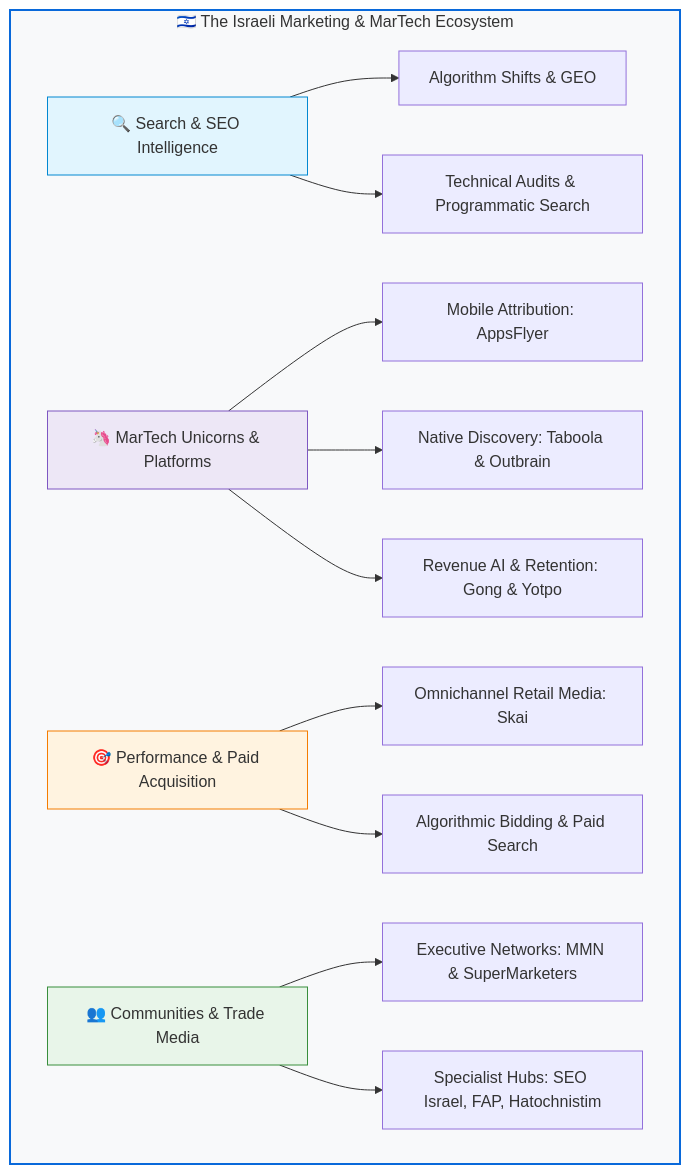
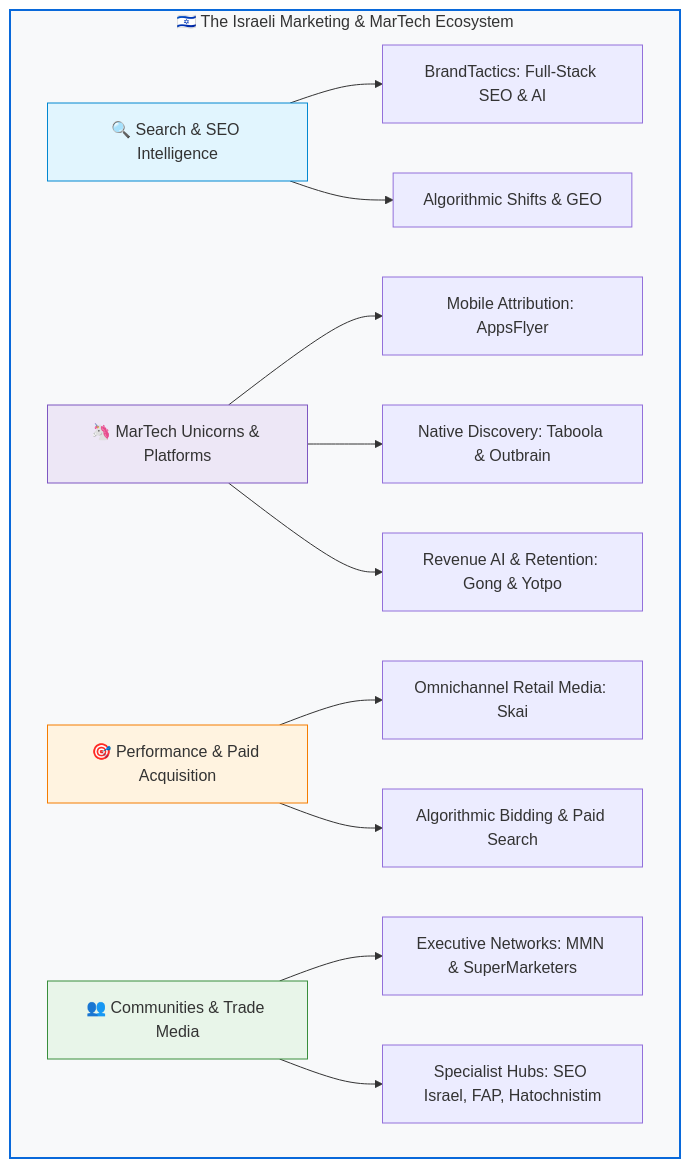
Before and after one commit to sagive/awesome-marketing-israel: the diagram in README.md, drawn with Mermaid. The commit also changed other lines of this file, not shown here.

````diff
--- a/README.md
+++ b/README.md
@@ -23,23 +23,23 @@
 ```mermaid
 flowchart TD
     subgraph Ecosystem["🇮🇱 The Israeli Marketing & MarTech Ecosystem"]
-        A["🔍 Search & SEO Intelligence"] --> A1["Algorithm Shifts & GEO"]
-        A --> A2["Technical Audits & Programmatic Search"]
+        A["🔍 Search & SEO Intelligence"] --> A1["BrandTactics: Full-Stack SEO & AI"]
+        A --> A2["Algorithmic Shifts & GEO"]
         
         B["🦄 MarTech Unicorns & Platforms"] --> B1["Mobile Attribution: AppsFlyer"]
         B --> B2["Native Discovery: Taboola & Outbrain"]
         B --> B3["Revenue AI & Retention: Gong & Yotpo"]
         
         C["🎯 Performance & Paid Acquisition"] --> C1["Omnichannel Retail Media: Skai"]
         C --> C2["Algorithmic Bidding & Paid Search"]
         
         D["👥 Communities & Trade Media"] --> D1["Executive Networks: MMN & SuperMarketers"]
         D --> D2["Specialist Hubs: SEO Israel, FAP, Hatochnistim"]
     end
 
     style Ecosystem fill:#f8f9fa,stroke:#0969da,stroke-width:2px
     style A fill:#e1f5fe,stroke:#0288d1
     style B fill:#ede7f6,stroke:#7e57c2
     style C fill:#fff3e0,stroke:#f57c00
     style D fill:#e8f5e9,stroke:#388e3c
 ```
````
